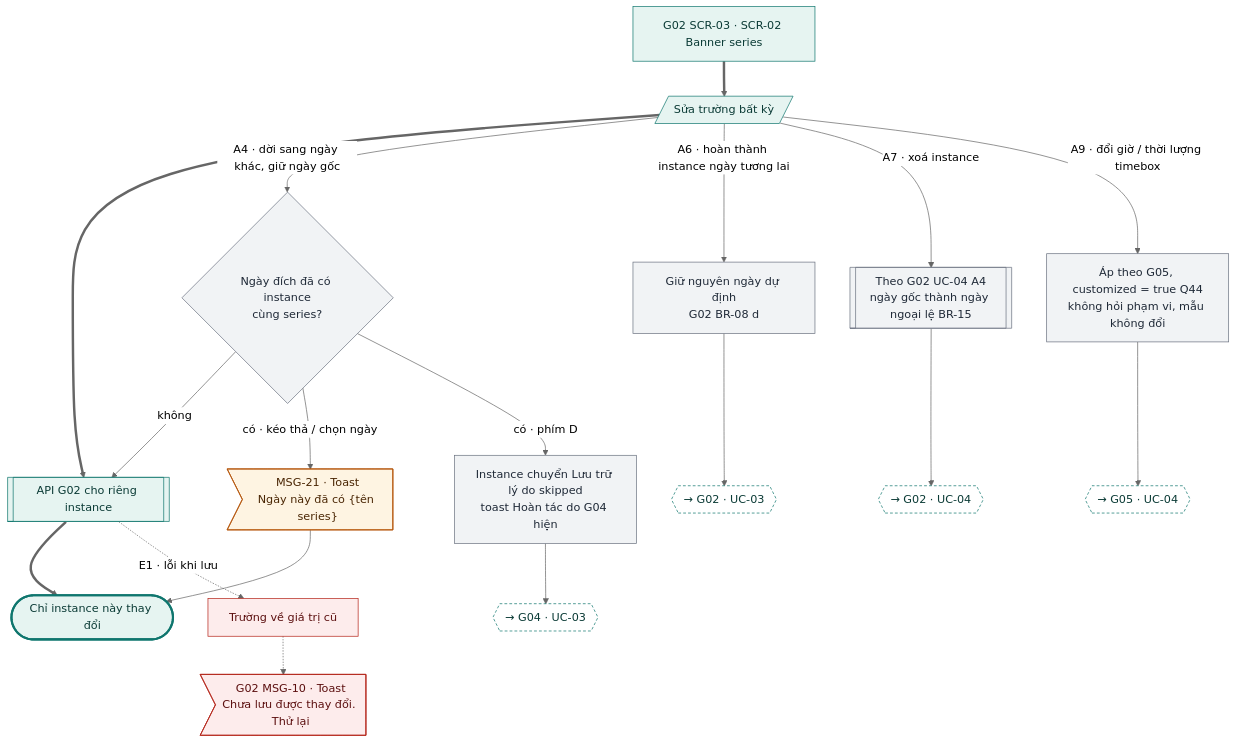
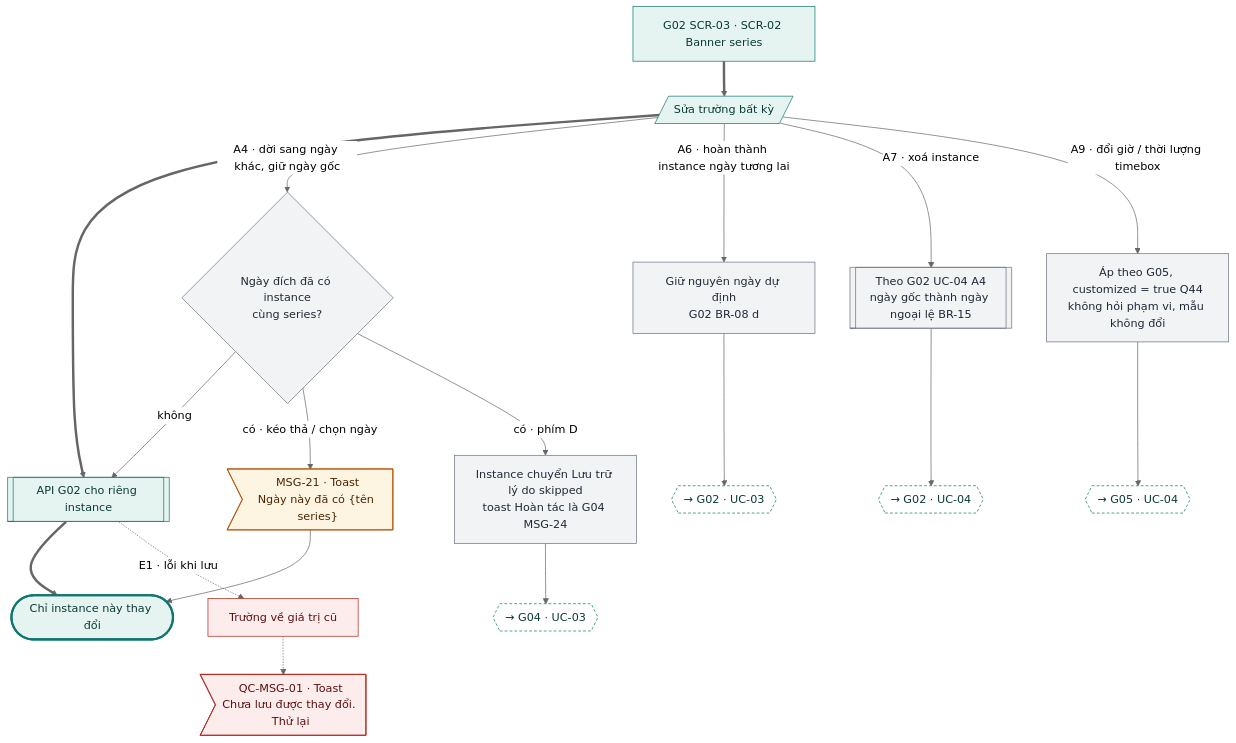
The eighth of 19 diagrams in docs/design-brief/flow/g03-task-lap-lai.md (tannguyenho/personal-app), drawn with Mermaid (neutral theme) before and after one commit. The commit also changed other lines of this file and 5 other files, not shown here.

First line of the commit message:
docs(G03, G06): áp quyết định PO 09/11 vào SRS, PRD, flow

````diff
--- a/docs/design-brief/flow/g03-task-lap-lai.md
+++ b/docs/design-brief/flow/g03-task-lap-lai.md
@@ -305,40 +309,40 @@
 ```mermaid
 flowchart TD
   s1["G02 SCR-03 · SCR-02 Banner series"]
   u2[/"Sửa trường bất kỳ"/]
   p2[["API G02 cho riêng instance"]]
   ok(["Chỉ instance này thay đổi"])
   s1 ==> u2 ==> p2 ==> ok
 
   u2 -->|"A4 · dời sang ngày khác, giữ ngày gốc"| d4{"Ngày đích đã có instance<br/>cùng series?"}
   d4 -->|"không"| p2
   d4 -->|"có · kéo thả / chọn ngày"| a4m>"MSG-21 · Toast<br/>Ngày này đã có {tên series}"]
   a4m --> ok
-  d4 -->|"có · phím D"| a4d["Instance chuyển Lưu trữ lý do skipped<br/>toast Hoàn tác do G04 hiện"]
+  d4 -->|"có · phím D"| a4d["Instance chuyển Lưu trữ lý do skipped<br/>toast Hoàn tác là G04 MSG-24"]
   a4d --> a4x{{"→ G04 · UC-03"}}
   u2 -->|"A6 · hoàn thành instance ngày tương lai"| a6["Giữ nguyên ngày dự định<br/>G02 BR-08 d"]
   a6 --> a6x{{"→ G02 · UC-03"}}
   u2 -->|"A7 · xoá instance"| a7[["Theo G02 UC-04 A4<br/>ngày gốc thành ngày ngoại lệ BR-15"]]
   a7 --> a7x{{"→ G02 · UC-04"}}
   u2 -->|"A9 · đổi giờ / thời lượng timebox"| a9["Áp theo G05, customized = true Q44<br/>không hỏi phạm vi, mẫu không đổi"]
   a9 --> a9x{{"→ G05 · UC-04"}}
 
   p2 -.->|"E1 · lỗi khi lưu"| e1["Trường về giá trị cũ"]
-  e1 -.-> e1m>"G02 MSG-10 · Toast<br/>Chưa lưu được thay đổi. Thử lại"]
+  e1 -.-> e1m>"QC-MSG-01 · Toast<br/>Chưa lưu được thay đổi. Thử lại"]
 
   class s1,u2,p2 happy
   class d4,a4d,a6,a7,a9 alt
   class a4m warn
   class a4x,a6x,a7x,a9x link
   class e1,e1m err
   class ok done
   classDef happy fill:#E6F4F1,stroke:#0F766E,color:#0B3B36
   classDef alt fill:#F1F3F5,stroke:#6B7280,color:#1F2937
   classDef err fill:#FDECEC,stroke:#B42318,color:#5C1010
   classDef warn fill:#FEF4E2,stroke:#B45309,color:#4A2604
   classDef ai fill:#F1ECFD,stroke:#6D28D9,color:#2E1065
   classDef sync fill:#FFFFFF,stroke:#6B7280,stroke-dasharray:4 3,color:#1F2937
   classDef link fill:#FFFFFF,stroke:#0F766E,stroke-dasharray:4 3,color:#0B3B36
   classDef done fill:#E6F4F1,stroke:#0F766E,stroke-width:3px,color:#0B3B36
   classDef fail fill:#FDECEC,stroke:#B42318,stroke-width:3px,color:#5C1010
 ```
````
